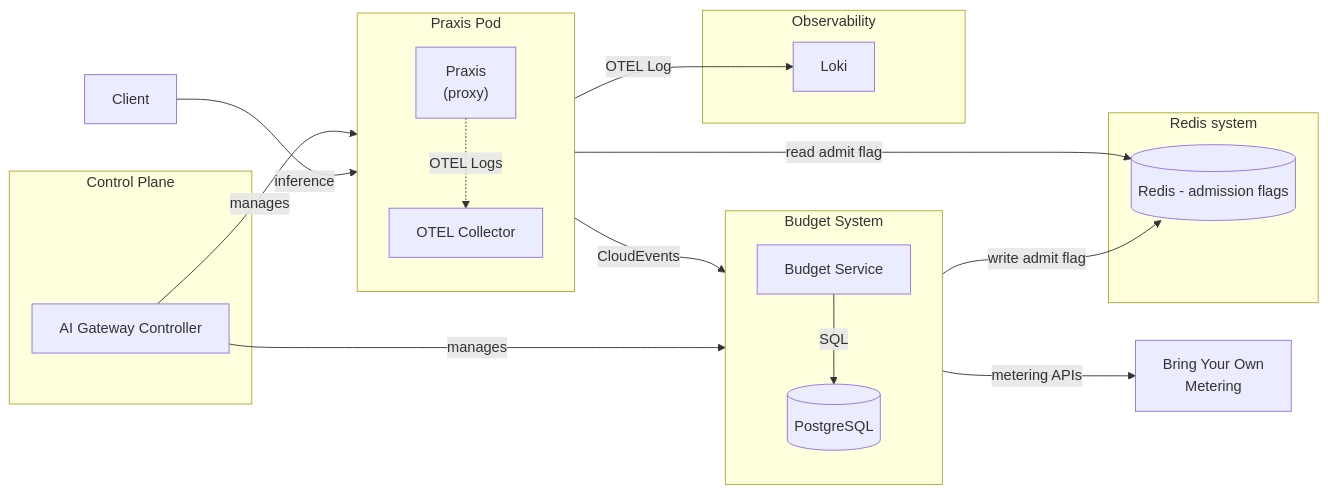
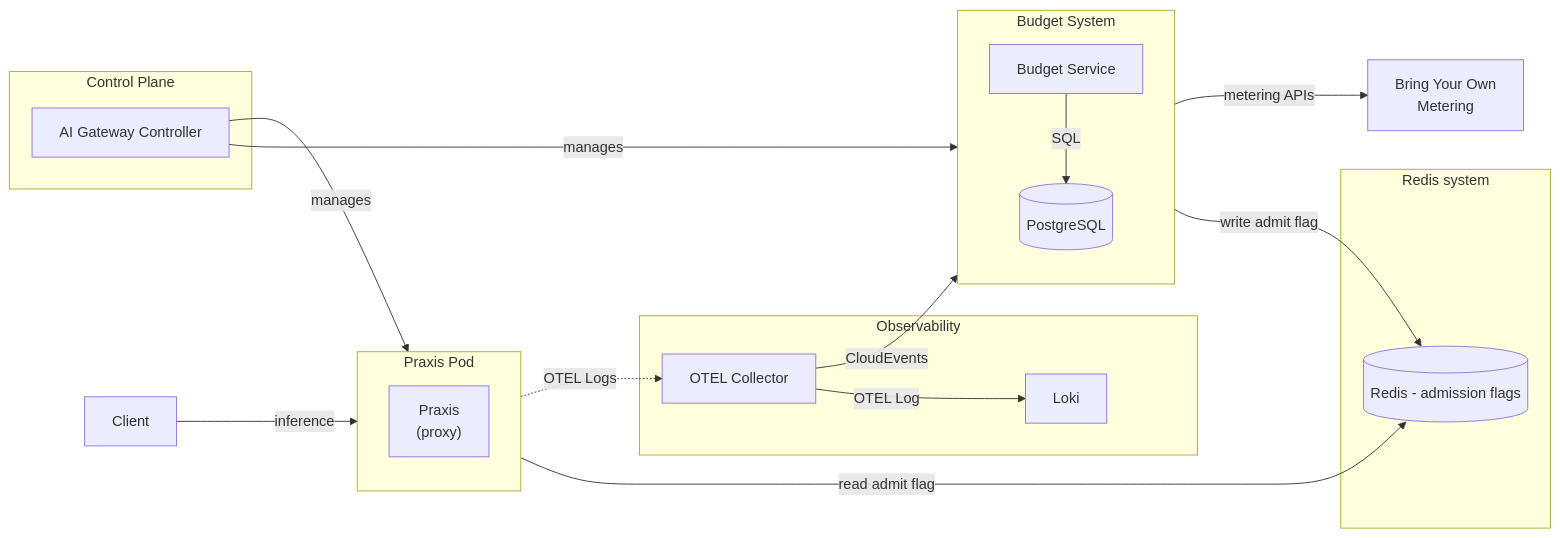
Before and after one commit to opendatahub-io/architecture-decision-records: the first of 3 diagrams in architecture-decision-records/ai-gateway/ODH-ADR-0001-Tokenomics.md, drawn with Mermaid.

Commit message:
docs: moved otel collector outside Praxis POD

````diff
--- a/architecture-decision-records/ai-gateway/ODH-ADR-0001-Tokenomics.md
+++ b/architecture-decision-records/ai-gateway/ODH-ADR-0001-Tokenomics.md
@@ -55,34 +55,37 @@
 ```mermaid
 flowchart LR
+
+ subgraph obs["Observability"]
+       otel_collector["OTEL Collector"]
+       loki["Loki"]
+ end
  subgraph redis_system["Redis system"]
         redis[("Redis - admission flags")]
-  end
+ end
  subgraph praxis_pod["Praxis Pod"]
-    direction TB
-        praxis["Praxis<br>(proxy)"]
-        otel_collector["OTEL Collector"]
+       direction TB
+       praxis["Praxis<br>(proxy)"]
   end
  subgraph control_plane["Control Plane"]
-        aigc["AI Gateway Controller"]
+       aigc["AI Gateway Controller"]
  end
+
  subgraph budget_system["Budget System"]
-    direction TB
-        postgres[("PostgreSQL")]
+       direction TB
+       postgres[("PostgreSQL")]
         budget_service["Budget Service"]
  end
- subgraph obs["Observability"]
-        loki["Loki"]
- end
+
 
     aigc -- manages --> praxis_pod
     aigc -- manages --> budget_system
     praxis -- read admit flag --> redis
     praxis -. OTEL Logs .-> otel_collector
     budget_service -- SQL --> postgres
     client["Client"] -- inference --> praxis
 
     otel_collector -- CloudEvents --> budget_service
     otel_collector -- OTEL Log --> loki
     budget_service -- write admit flag --> redis
     budget_service -- metering APIs --> byom["Bring Your Own<br>Metering"]
 ```
````
